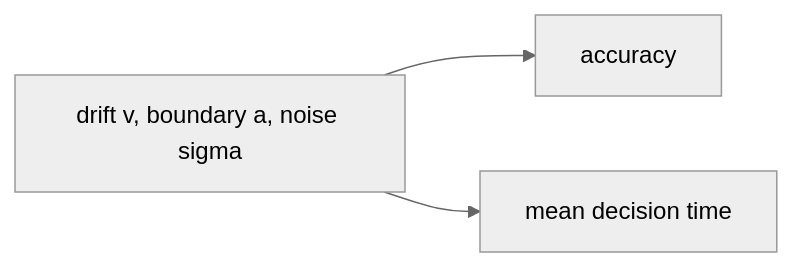
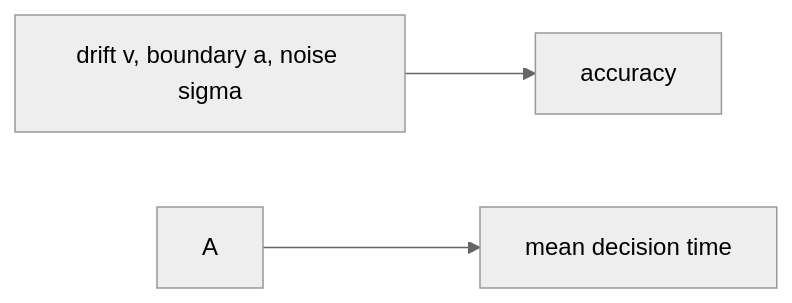
One commit to docxology/MetaInformAnt changed the diagram in docs/math/ddm.md. Above: the diagram before and after it, drawn with Mermaid (neutral theme). The commit also changed 611 other files, not shown here.

````diff
--- a/docs/math/ddm.md
+++ b/docs/math/ddm.md
@@ -5,5 +5,5 @@
 ```mermaid
 flowchart LR
-  A[drift v, boundary a, noise sigma] --> B[accuracy]
-  A --> C[mean decision time]
+  AdriftV,BoundaryA,NoiseSigma[drift v, boundary a, noise sigma] --> B[accuracy]
+  A --> CmeanDecisionTime[mean decision time]
 ```
````
